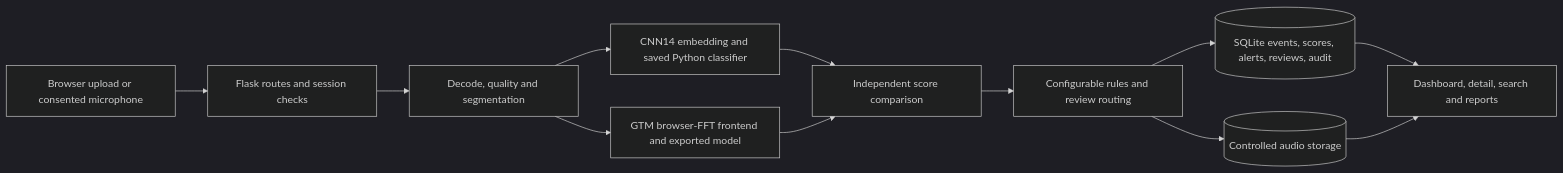
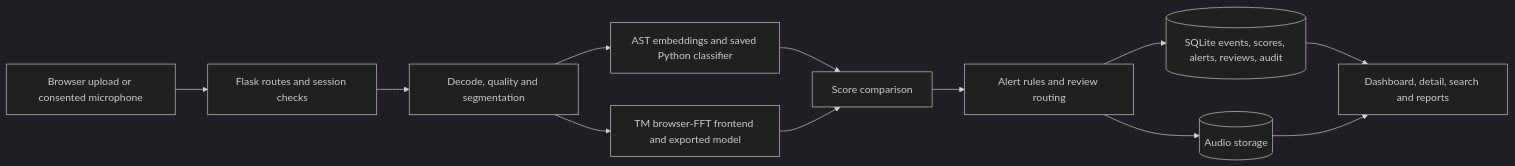
Before and after one commit to build-with-fun/TechWiz7: the diagram in ARCHITECTURE.md, drawn with Mermaid (dark theme). The commit also changed other lines of this file and 30 other files, not shown here.

````diff
--- a/ARCHITECTURE.md
+++ b/ARCHITECTURE.md
@@ -5,14 +9,14 @@
 ```mermaid
 flowchart LR
   B[Browser upload or consented microphone] --> A[Flask routes and session checks]
   A --> P[Decode, quality and segmentation]
-  P --> PY[CNN14 embedding and saved Python classifier]
-  P --> GTM[GTM browser-FFT frontend and exported model]
-  PY --> C[Independent score comparison]
+  P --> PY[AST embeddings and saved Python classifier]
+  P --> GTM[TM browser-FFT frontend and exported model]
+  PY --> C[Score comparison]
   GTM --> C
-  C --> R[Configurable rules and review routing]
+  C --> R[Alert rules and review routing]
   R --> DB[(SQLite events, scores, alerts, reviews, audit)]
-  R --> F[(Controlled audio storage)]
+  R --> F[(Audio storage)]
   DB --> UI[Dashboard, detail, search and reports]
   F --> UI
 ```
````
